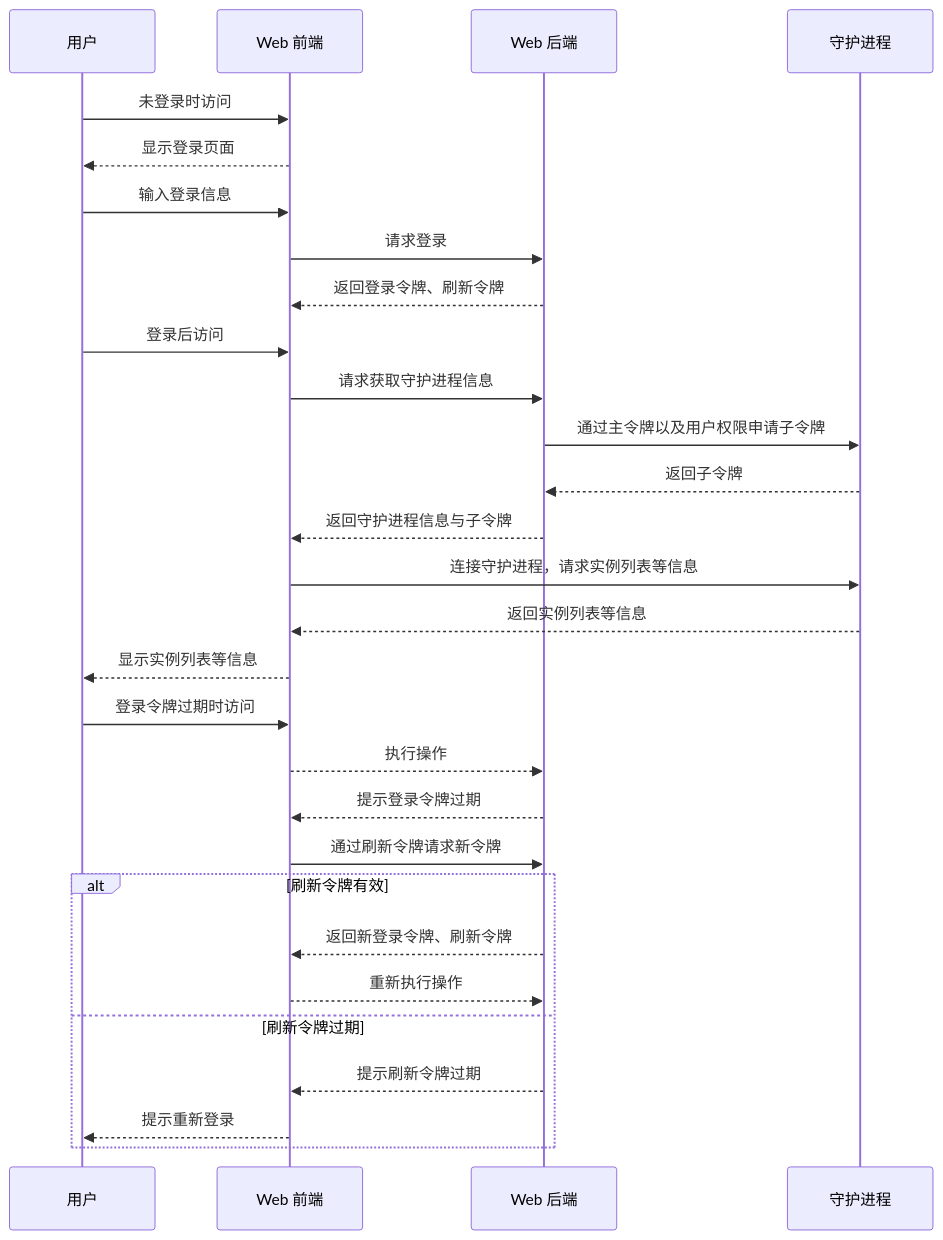
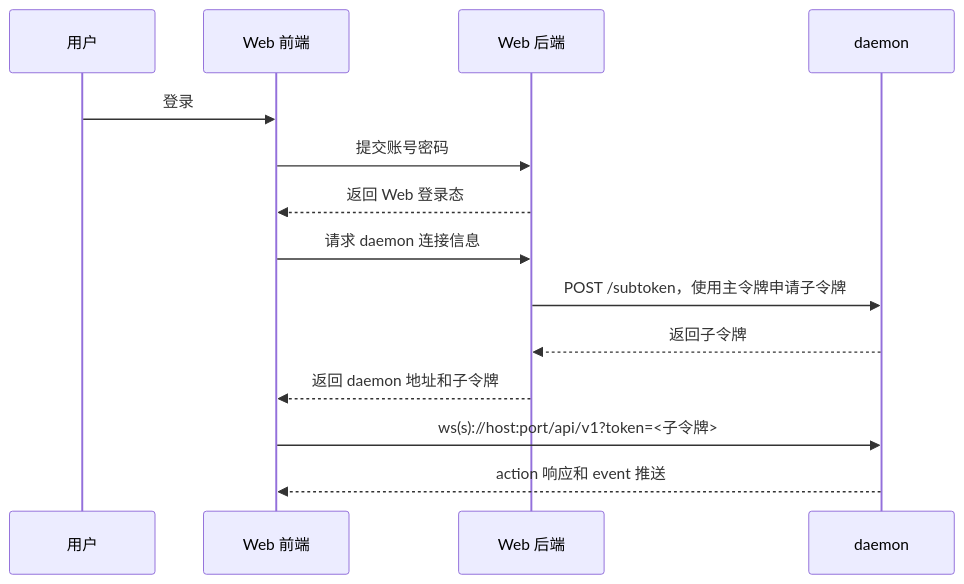
Before and after one commit to MCSLTeam/mcsl-future-protocol: the diagram in topics/web-user-system.md, drawn with Mermaid. The commit also changed other lines of this file and 11 other files, not shown here.

````diff
--- a/topics/web-user-system.md
+++ b/topics/web-user-system.md
@@ -24,32 +17,17 @@
 ```mermaid
 sequenceDiagram
-    participant 用户
-    participant Web 前端
-    participant Web 后端
-    participant 守护进程
-    用户 ->> Web 前端: 未登录时访问
-    Web 前端 -->> 用户: 显示登录页面
-    用户 ->> Web 前端: 输入登录信息
-    Web 前端 ->> Web 后端: 请求登录
-    Web 后端 -->> Web 前端: 返回登录令牌、刷新令牌
-    用户 ->> Web 前端: 登录后访问
-    Web 前端 ->> Web 后端: 请求获取守护进程信息
-    Web 后端 ->> 守护进程: 通过主令牌以及用户权限申请子令牌
-    守护进程 -->> Web 后端: 返回子令牌
-    Web 后端 -->> Web 前端: 返回守护进程信息与子令牌
-    Web 前端 ->> 守护进程: 连接守护进程，请求实例列表等信息
-    守护进程 -->> Web 前端: 返回实例列表等信息
-    Web 前端 -->> 用户: 显示实例列表等信息
-    
-    用户 ->> Web 前端: 登录令牌过期时访问
-    Web 前端 -->> Web 后端: 执行操作
-    Web 后端 -->> Web 前端: 提示登录令牌过期
-    Web 前端 ->> Web 后端: 通过刷新令牌请求新令牌
-    alt 刷新令牌有效
-        Web 后端 -->> Web 前端: 返回新登录令牌、刷新令牌
-        Web 前端 -->> Web 后端: 重新执行操作
-    else 刷新令牌过期
-        Web 后端 -->> Web 前端: 提示刷新令牌过期
-        Web 前端 -->> 用户: 提示重新登录
-    end
+    participant User as 用户
+    participant Web as Web 前端
+    participant Backend as Web 后端
+    participant Daemon as daemon
+
+    User ->> Web: 登录
+    Web ->> Backend: 提交账号密码
+    Backend -->> Web: 返回 Web 登录态
+    Web ->> Backend: 请求 daemon 连接信息
+    Backend ->> Daemon: POST /subtoken，使用主令牌申请子令牌
+    Daemon -->> Backend: 返回子令牌
+    Backend -->> Web: 返回 daemon 地址和子令牌
+    Web ->> Daemon: ws(s)://host:port/api/v1?token=<子令牌>
+    Daemon -->> Web: action 响应和 event 推送
 ```
````
